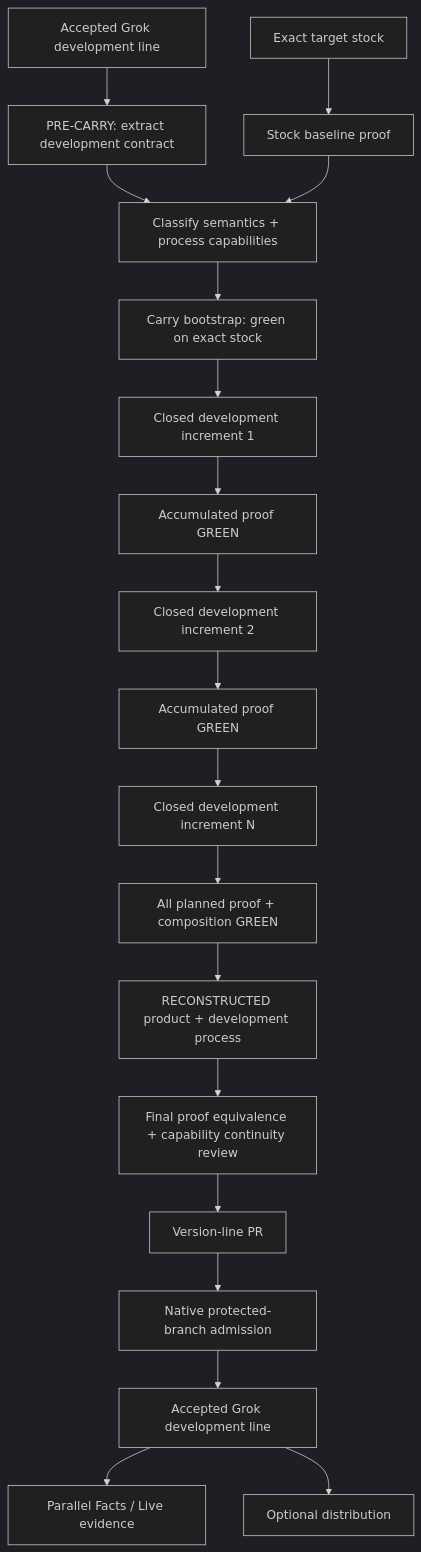
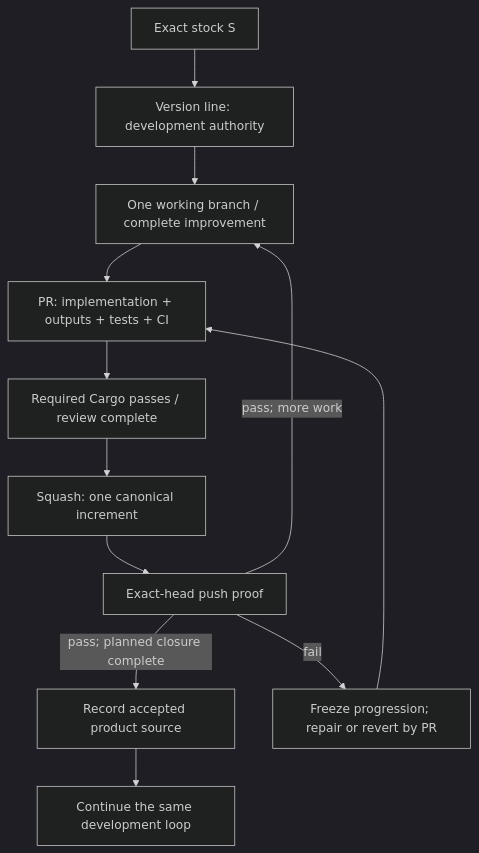
The diagram in grok/docs/carry-forward.md (Harness-X-Harness/codex), drawn with Mermaid (dark theme) before and after one commit. The commit also changed other lines of this file and 4 other files, not shown here.

First line of the commit message:
docs(grok): develop each version directly through tested squash increments

````diff
--- a/grok/docs/carry-forward.md
+++ b/grok/docs/carry-forward.md
@@ -142,21 +88,14 @@
-~~~mermaid
+```mermaid
 flowchart TD
-    A["Accepted Grok development line"] --> P["PRE-CARRY: extract development contract"]
-    S["Exact target stock"] --> B["Stock baseline proof"]
-    P --> C["Classify semantics + process capabilities"]
-    B --> C
-    C --> D["Carry bootstrap: green on exact stock"]
-    D --> E1["Closed development increment 1"]
-    E1 --> G1["Accumulated proof GREEN"]
-    G1 --> E2["Closed development increment 2"]
-    E2 --> G2["Accumulated proof GREEN"]
-    G2 --> EN["Closed development increment N"]
-    EN --> GC["All planned proof + composition GREEN"]
-    GC --> R["RECONSTRUCTED product + development process"]
-    R --> Q["Final proof equivalence + capability continuity review"]
-    Q --> V["Version-line PR"]
-    V --> A1["Native protected-branch admission"]
-    A1 --> N["Accepted Grok development line"]
-    N --> L["Parallel Facts / Live evidence"]
-    N --> D2["Optional distribution"]
-~~~
+    S["Exact stock S"] --> V["Version line: development authority"]
+    V --> W["One working branch / complete improvement"]
+    W --> PR["PR: implementation + outputs + tests + CI"]
+    PR --> G["Required Cargo passes / review complete"]
+    G --> M["Squash: one canonical increment"]
+    M --> H["Exact-head push proof"]
+    H -->|"pass; more work"| W
+    H -->|"pass; planned closure complete"| A["Record accepted product source"]
+    H -->|"fail"| R["Freeze progression; repair or revert by PR"]
+    R --> PR
+    A --> N["Continue the same development loop"]
+```
````
